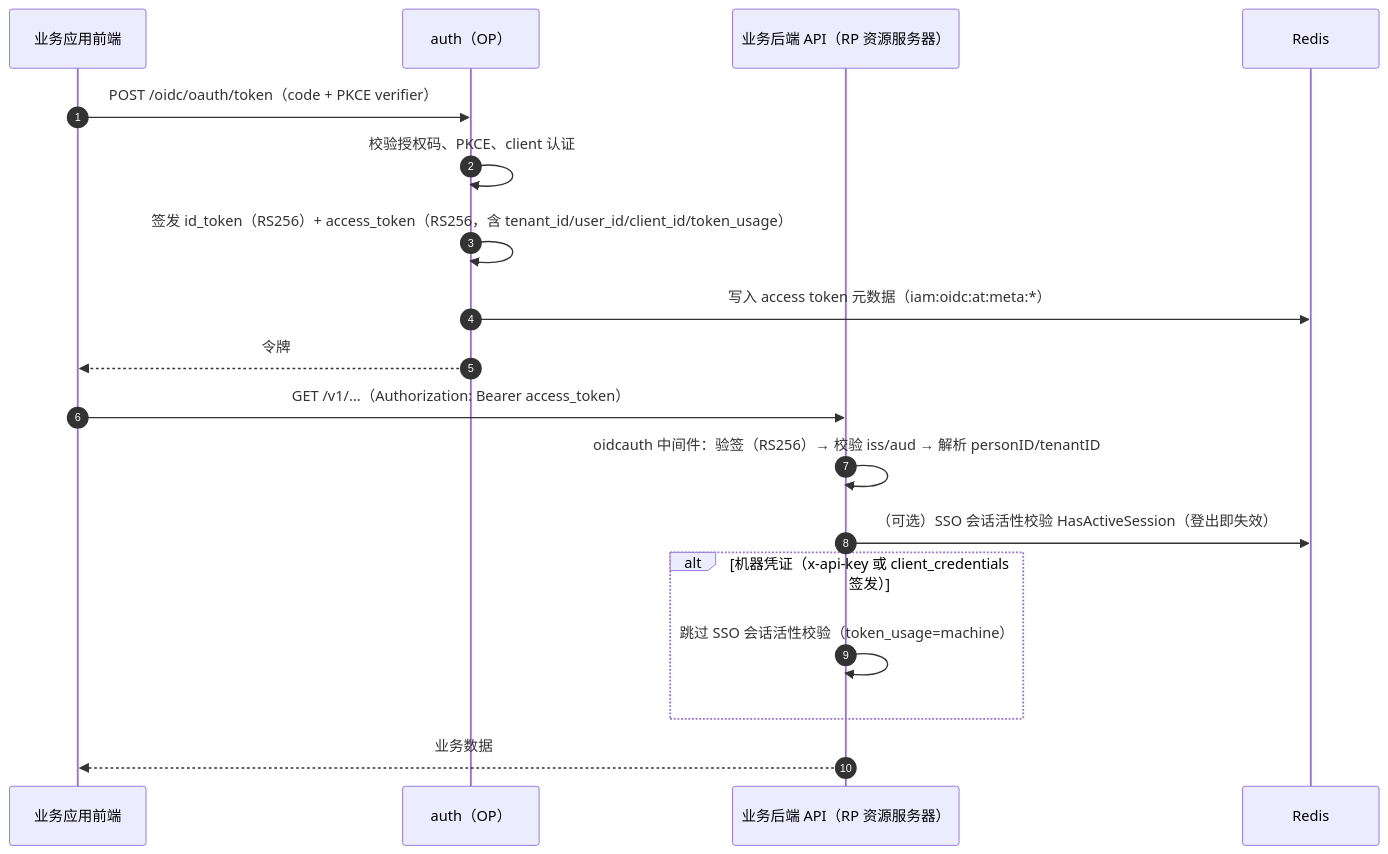
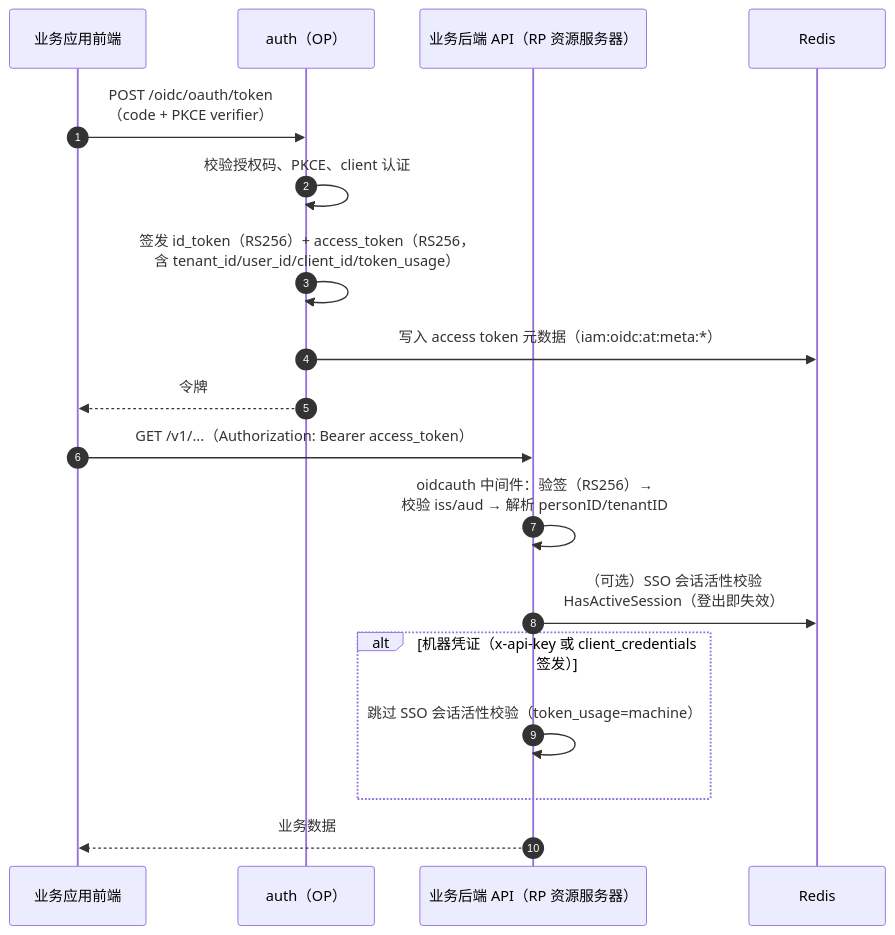
One commit to morehao/ark-iam changed the seventh of 13 diagrams in docs/design/system-design.md. Above: the diagram before and after it, drawn with Mermaid. The commit also changed other lines of this file and 172 other files, not shown here.

````diff
--- a/docs/design/system-design.md
+++ b/docs/design/system-design.md
@@ -675,21 +643,21 @@
 ```mermaid
 sequenceDiagram
     autonumber
     participant RP as 业务应用前端
     participant OP as auth（OP）
     participant API as 业务后端 API（RP 资源服务器）
     participant RD as Redis
 
-    RP->>OP: POST /oidc/oauth/token（code + PKCE verifier）
+    RP->>OP: POST /oidc/oauth/token<br/>（code + PKCE verifier）
     OP->>OP: 校验授权码、PKCE、client 认证
-    OP->>OP: 签发 id_token（RS256）+ access_token（RS256，含 tenant_id/user_id/client_id/token_usage）
+    OP->>OP: 签发 id_token（RS256）+ access_token（RS256，<br/>含 tenant_id/user_id/client_id/token_usage）
     OP->>RD: 写入 access token 元数据（iam:oidc:at:meta:*）
     OP-->>RP: 令牌
     RP->>API: GET /v1/...（Authorization: Bearer access_token）
-    API->>API: oidcauth 中间件：验签（RS256）→ 校验 iss/aud → 解析 personID/tenantID
-    API->>RD: （可选）SSO 会话活性校验 HasActiveSession（登出即失效）
+    API->>API: oidcauth 中间件：验签（RS256）→<br/>校验 iss/aud → 解析 personID/tenantID
+    API->>RD: （可选）SSO 会话活性校验<br/>HasActiveSession（登出即失效）
     alt 机器凭证（x-api-key 或 client_credentials 签发）
         API->>API: 跳过 SSO 会话活性校验（token_usage=machine）
     end
     API-->>RP: 业务数据
 ```
````
